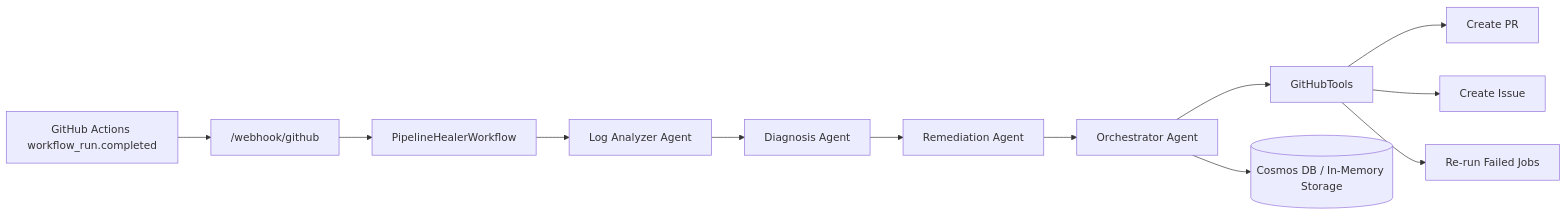
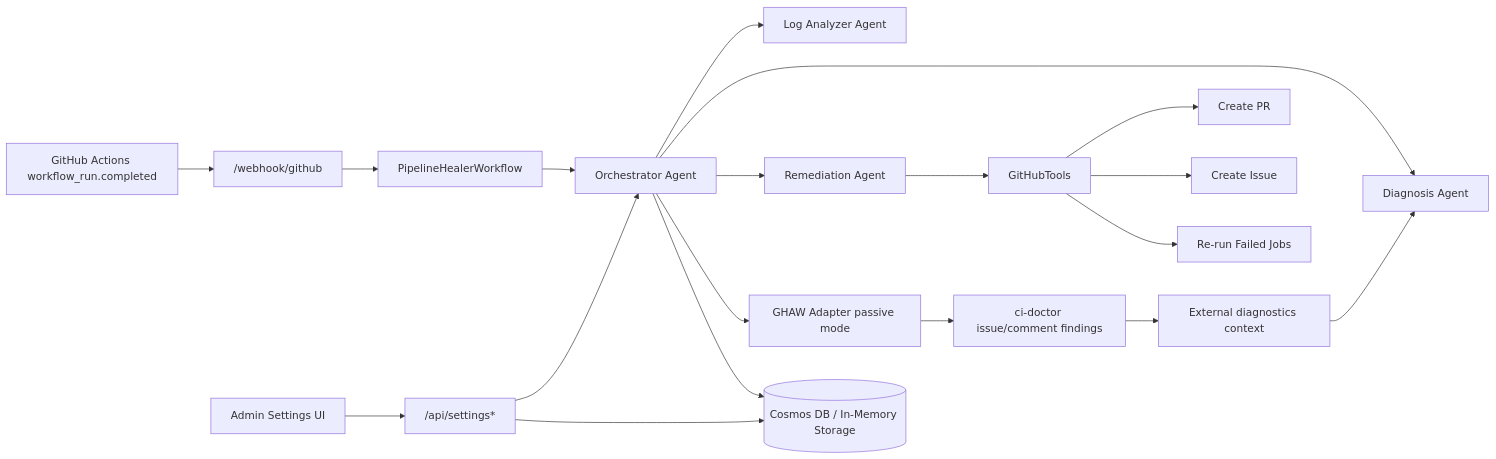
One commit to Canepro/pipelinehealer changed the diagram in README.md. Above: the diagram before and after it, drawn with Mermaid. The commit also changed other lines of this file and 3 other files, not shown here.

Commit message:
docs: refresh architecture and demo/runbook guidance

````diff
--- a/README.md
+++ b/README.md
@@ -160,14 +160,21 @@
 ```mermaid
 flowchart LR
     GH[GitHub Actions workflow_run.completed] --> WH["/webhook/github"]
     WH --> WF[PipelineHealerWorkflow]
-    WF --> LA[Log Analyzer Agent]
-    LA --> DG[Diagnosis Agent]
-    DG --> RM[Remediation Agent]
-    RM --> OR[Orchestrator Agent]
-    OR --> GT[GitHubTools]
-    OR --> ST[(Cosmos DB / In-Memory Storage)]
+    WF --> OR[Orchestrator Agent]
+    OR --> LA[Log Analyzer Agent]
+    OR --> DG[Diagnosis Agent]
+    OR --> RM[Remediation Agent]
+    RM --> GT[GitHubTools]
     GT --> PR[Create PR]
     GT --> IS[Create Issue]
     GT --> RR[Re-run Failed Jobs]
+    OR --> ADP[GHAW Adapter passive mode]
+    ADP --> CD[ci-doctor issue/comment findings]
+    CD --> EXT[External diagnostics context]
+    EXT --> DG
+    OR --> ST[(Cosmos DB / In-Memory Storage)]
+    UI[Admin Settings UI] --> API["/api/settings*"]
+    API --> OR
+    API --> ST
 ```
````
